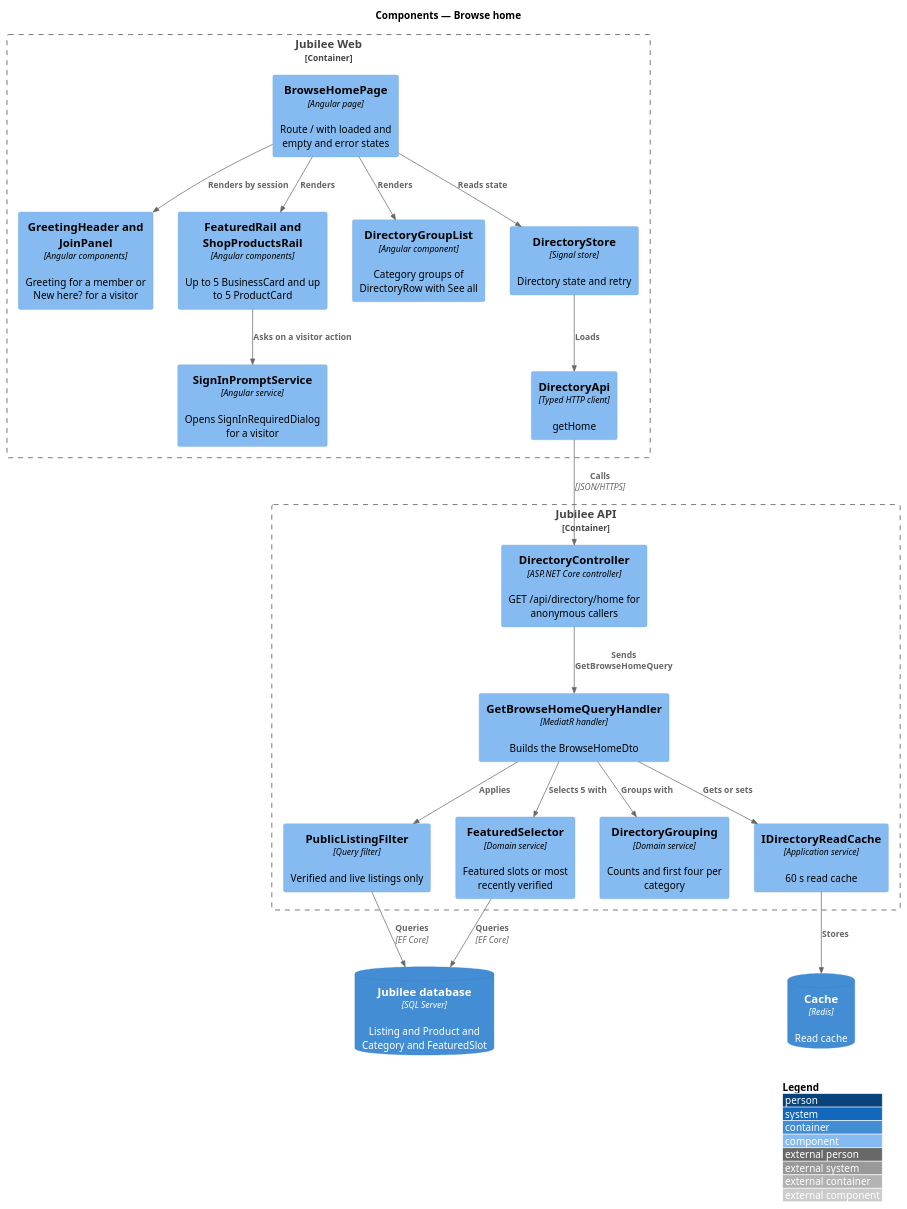
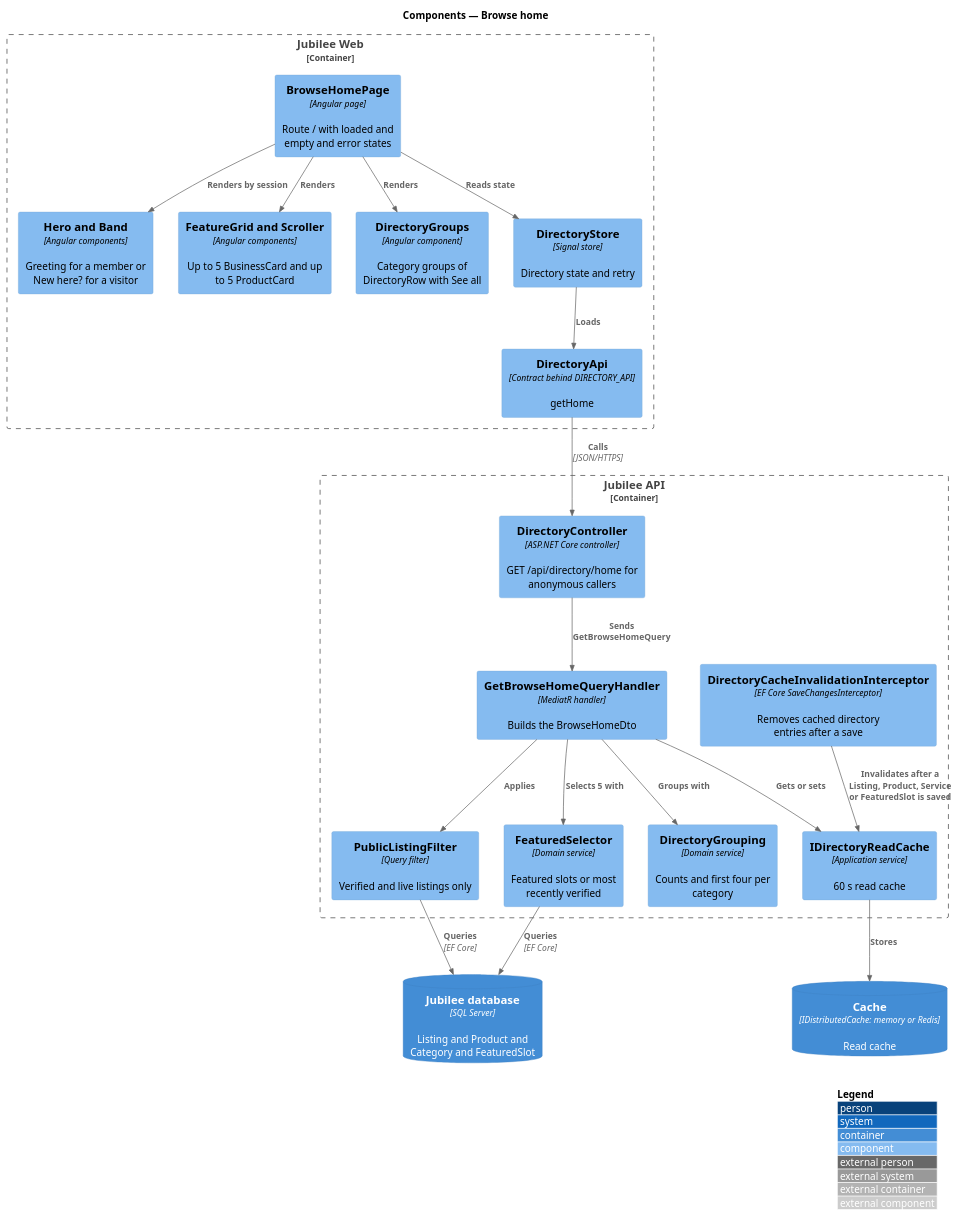
The diagram in docs/detailed-designs/directory/browse-home/diagrams/c4-component.puml (QuinntyneBrown/jubilee), drawn with PlantUML before and after one commit. The commit also changed 25 other files, not shown here.

First line of the commit message:
Directory cache: the SaveChanges interceptor is the designed path (ADR 0003)

```diff
--- a/docs/detailed-designs/directory/browse-home/diagrams/c4-component.puml
+++ b/docs/detailed-designs/directory/browse-home/diagrams/c4-component.puml
@@ -1,42 +1,42 @@
 @startuml
 !include <C4/C4_Component>
 LAYOUT_WITH_LEGEND()
 title Components — Browse home
 
 
 Container_Boundary(web, "Jubilee Web") {
   Component(page, "BrowseHomePage", "Angular page", "Route / with loaded and empty and error states")
-  Component(greet, "GreetingHeader and JoinPanel", "Angular components", "Greeting for a member or New here? for a visitor")
-  Component(rails, "FeaturedRail and ShopProductsRail", "Angular components", "Up to 5 BusinessCard and up to 5 ProductCard")
-  Component(groups, "DirectoryGroupList", "Angular component", "Category groups of DirectoryRow with See all")
-  Component(prompt, "SignInPromptService", "Angular service", "Opens SignInRequiredDialog for a visitor")
+  Component(greet, "Hero and Band", "Angular components", "Greeting for a member or New here? for a visitor")
+  Component(rails, "FeatureGrid and Scroller", "Angular components", "Up to 5 BusinessCard and up to 5 ProductCard")
+  Component(groups, "DirectoryGroups", "Angular component", "Category groups of DirectoryRow with See all")
   Component(store, "DirectoryStore", "Signal store", "Directory state and retry")
-  Component(client, "DirectoryApi", "Typed HTTP client", "getHome")
+  Component(client, "DirectoryApi", "Contract behind DIRECTORY_API", "getHome")
 }
 Container_Boundary(api, "Jubilee API") {
   Component(ctrl, "DirectoryController", "ASP.NET Core controller", "GET /api/directory/home for anonymous callers")
   Component(handler, "GetBrowseHomeQueryHandler", "MediatR handler", "Builds the BrowseHomeDto")
   Component(filter, "PublicListingFilter", "Query filter", "Verified and live listings only")
   Component(selector, "FeaturedSelector", "Domain service", "Featured slots or most recently verified")
   Component(grouping, "DirectoryGrouping", "Domain service", "Counts and first four per category")
   Component(readCache, "IDirectoryReadCache", "Application service", "60 s read cache")
+  Component(invalidator, "DirectoryCacheInvalidationInterceptor", "EF Core SaveChangesInterceptor", "Removes cached directory entries after a save")
 }
-ContainerDb(cache, "Cache", "Redis", "Read cache")
+ContainerDb(cache, "Cache", "IDistributedCache: memory or Redis", "Read cache")
 ContainerDb(db, "Jubilee database", "SQL Server", "Listing and Product and Category and FeaturedSlot")
 
 Rel(page, greet, "Renders by session")
 Rel(page, rails, "Renders")
 Rel(page, groups, "Renders")
-Rel(rails, prompt, "Asks on a visitor action")
 Rel(page, store, "Reads state")
 Rel(store, client, "Loads")
 Rel(client, ctrl, "Calls", "JSON/HTTPS")
 Rel(ctrl, handler, "Sends GetBrowseHomeQuery")
 Rel(handler, readCache, "Gets or sets")
 Rel(handler, selector, "Selects 5 with")
 Rel(handler, grouping, "Groups with")
 Rel(handler, filter, "Applies")
 Rel(readCache, cache, "Stores")
+Rel(invalidator, readCache, "Invalidates after a Listing, Product, Service or FeaturedSlot is saved")
 Rel(filter, db, "Queries", "EF Core")
 Rel(selector, db, "Queries", "EF Core")
 @enduml
```
